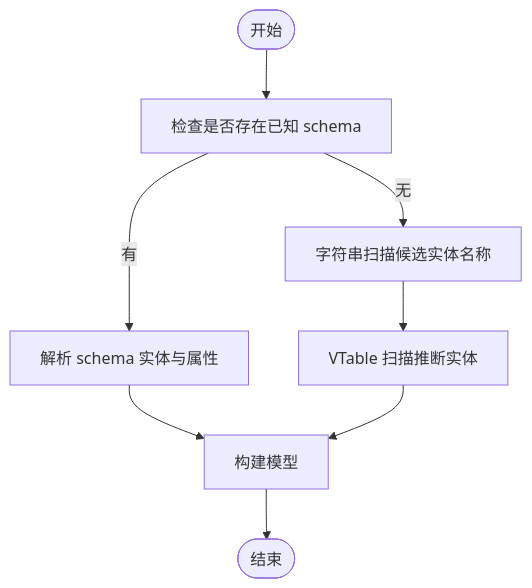
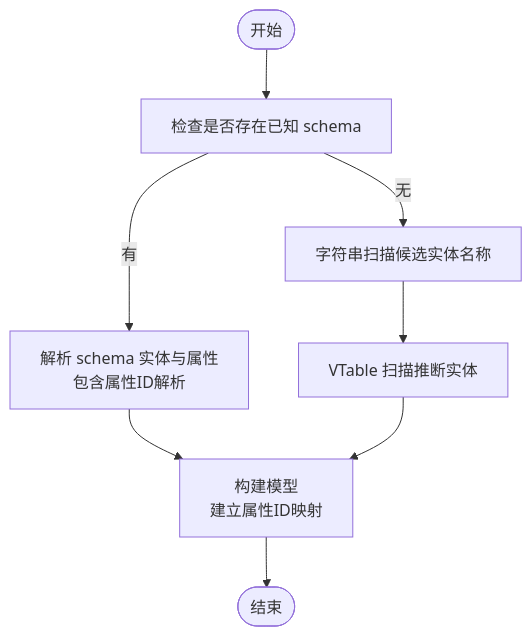
One commit to kongpf8848/objectbox_viewer changed the fifth of 7 diagrams in .qoder/repowiki/zh/content/架构设计/服务层架构.md. Above: the diagram before and after it, drawn with Mermaid. The commit also changed other lines of this file and 22 other files, not shown here.

````diff
--- a/.qoder/repowiki/zh/content/架构设计/服务层架构.md
+++ b/.qoder/repowiki/zh/content/架构设计/服务层架构.md
@@ -260,10 +273,10 @@
 ```mermaid
 flowchart TD
 Start(["开始"]) --> CheckSchema["检查是否存在已知 schema"]
-CheckSchema --> |有| ParseSchema["解析 schema 实体与属性"]
+CheckSchema --> |有| ParseSchema["解析 schema 实体与属性<br/>包含属性ID解析"]
 CheckSchema --> |无| StringScan["字符串扫描候选实体名称"]
 StringScan --> VTableScan["VTable 扫描推断实体"]
-ParseSchema --> BuildModel["构建模型"]
+ParseSchema --> BuildModel["构建模型<br/>建立属性ID映射"]
 VTableScan --> BuildModel
 BuildModel --> End(["结束"])
 ```
````
